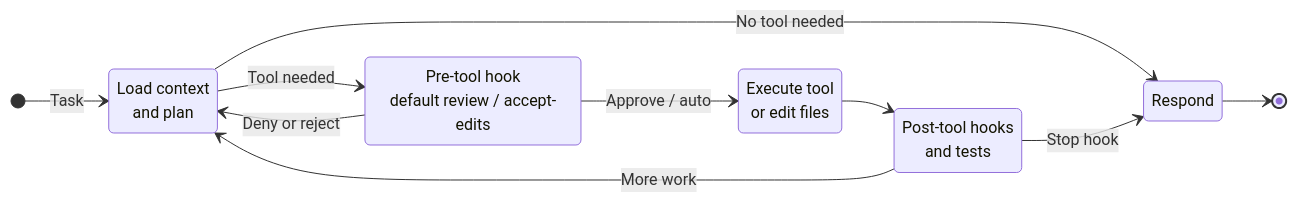
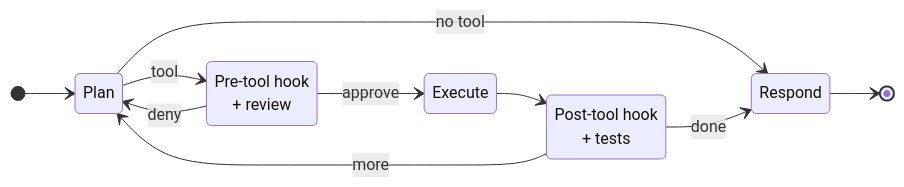
The second of 5 diagrams in slides.md (geeksperiments/antigravity-training), drawn with Mermaid before and after one commit. The commit also changed other lines of this file, not shown here.

Commit message:
slides: shorten Agent Execution loop diagram so it fits the page

````diff
--- a/slides.md
+++ b/slides.md
@@ -610,19 +610,19 @@
-```mermaid {scale: 0.72}
+```mermaid {scale: 0.85}
 stateDiagram-v2
     direction LR
-    state "Load context<br/>and plan" as Plan
-    state "Pre-tool hook<br/>default review / accept-edits" as Review
-    state "Execute tool<br/>or edit files" as Execute
-    state "Post-tool hooks<br/>and tests" as Verify
+    state "Plan" as Plan
+    state "Pre-tool hook<br/>+ review" as Review
+    state "Execute" as Execute
+    state "Post-tool hook<br/>+ tests" as Verify
     state "Respond" as Reply
 
-    [*] --> Plan: Task
-    Plan --> Reply: No tool needed
-    Plan --> Review: Tool needed
-    Review --> Plan: Deny or reject
-    Review --> Execute: Approve / auto
+    [*] --> Plan
+    Plan --> Reply: no tool
+    Plan --> Review: tool
+    Review --> Plan: deny
+    Review --> Execute: approve
     Execute --> Verify
-    Verify --> Plan: More work
-    Verify --> Reply: Stop hook
+    Verify --> Plan: more
+    Verify --> Reply: done
     Reply --> [*]
 ```
````
